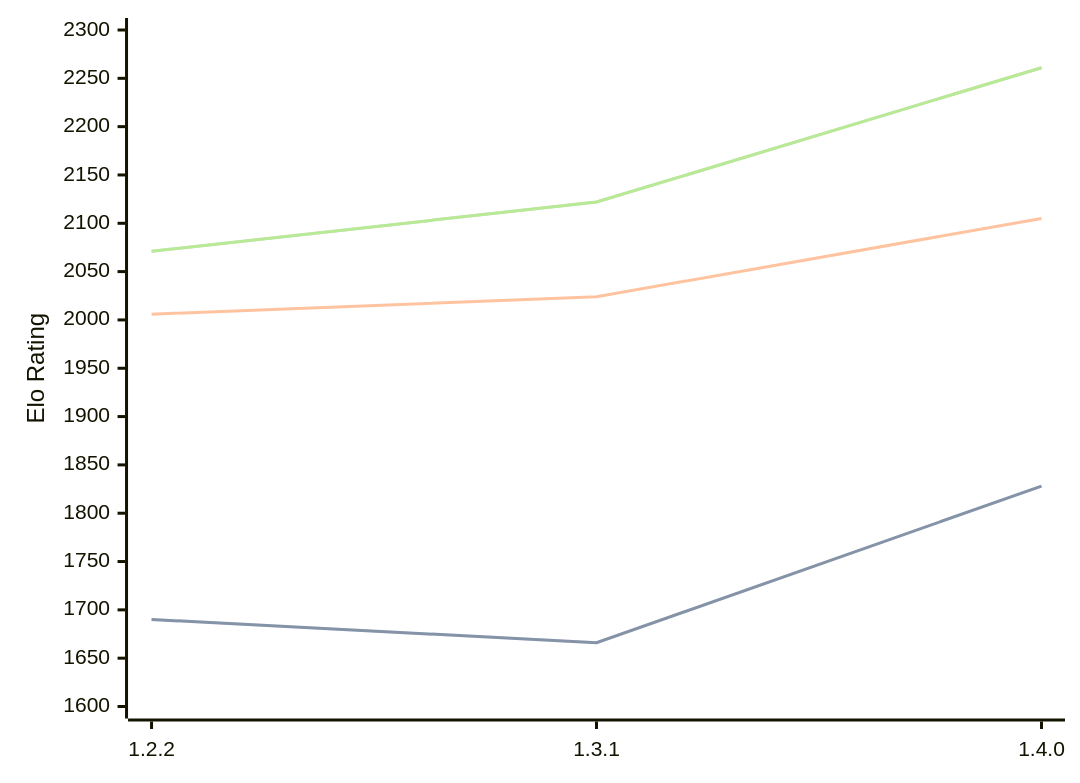
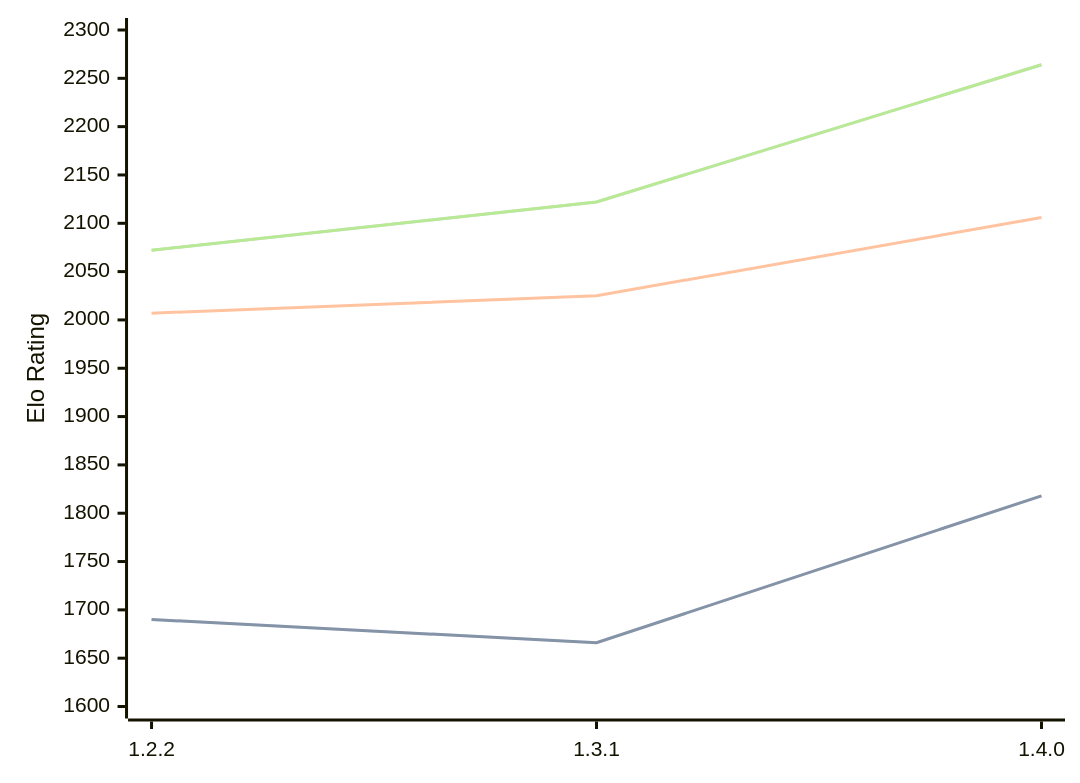
The diagram in engines/SoloEngine.md (computer-chess-index/cci), drawn with Mermaid before and after one commit. The commit also changed other lines of this file, not shown here.

Commit message:
Update CCI Ratings (ELO VLTC) - 2026-02-20

````diff
--- a/engines/SoloEngine.md
+++ b/engines/SoloEngine.md
@@ -30,11 +30,11 @@
 ```mermaid
 %%{init: {"theme":"base","themeVariables":{"seriesColors:['#a3a3a3','#222221','#faa371']}}}%%
 xychart-beta
   x-axis ["1.2.2", "1.3.1", "1.4.0"]
   y-axis "Elo Rating" 1600 --> 2300
-  line "STC (8.0+0.08s)" [1690, 1666, 1828]
-  line "STC (8.0+0.08s)" [1690, 1666, 1828]
-  line "LTC (60.0+0.60s)" [2006, 2024, 2105]
-  line "VLTC (2m24s+1.12s)" [2071, 2122, 2261]
-  line "VLTC (2m24s+1.12s)" [2071, 2122, 2261]
+  line "STC (8.0+0.08s)" [1690, 1666, 1818]
+  line "STC (8.0+0.08s)" [1690, 1666, 1818]
+  line "LTC (60.0+0.60s)" [2007, 2025, 2106]
+  line "VLTC (2m24s+1.12s)" [2072, 2122, 2264]
+  line "VLTC (2m24s+1.12s)" [2072, 2122, 2264]
 ```
````
